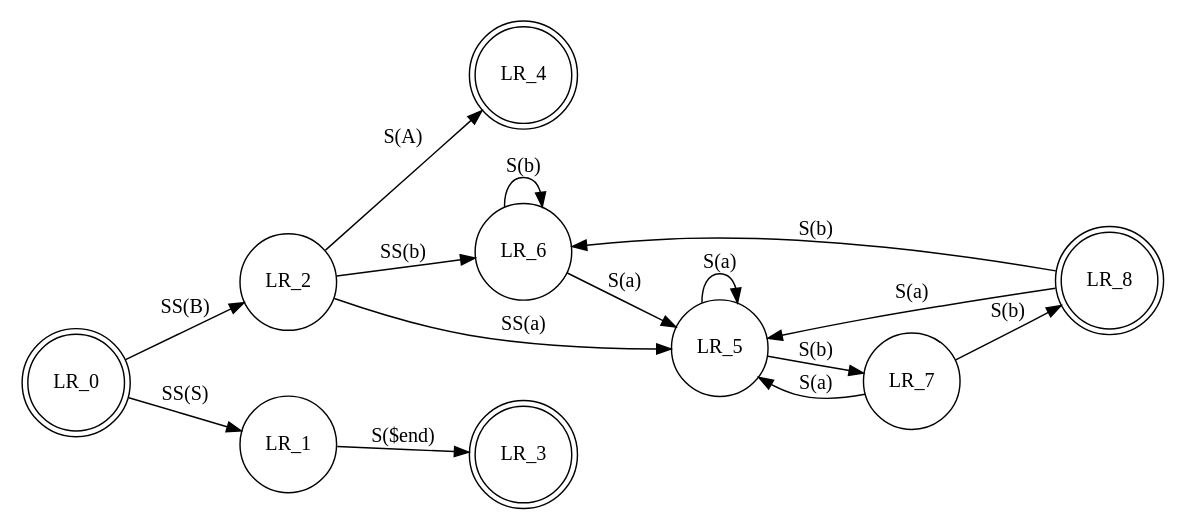
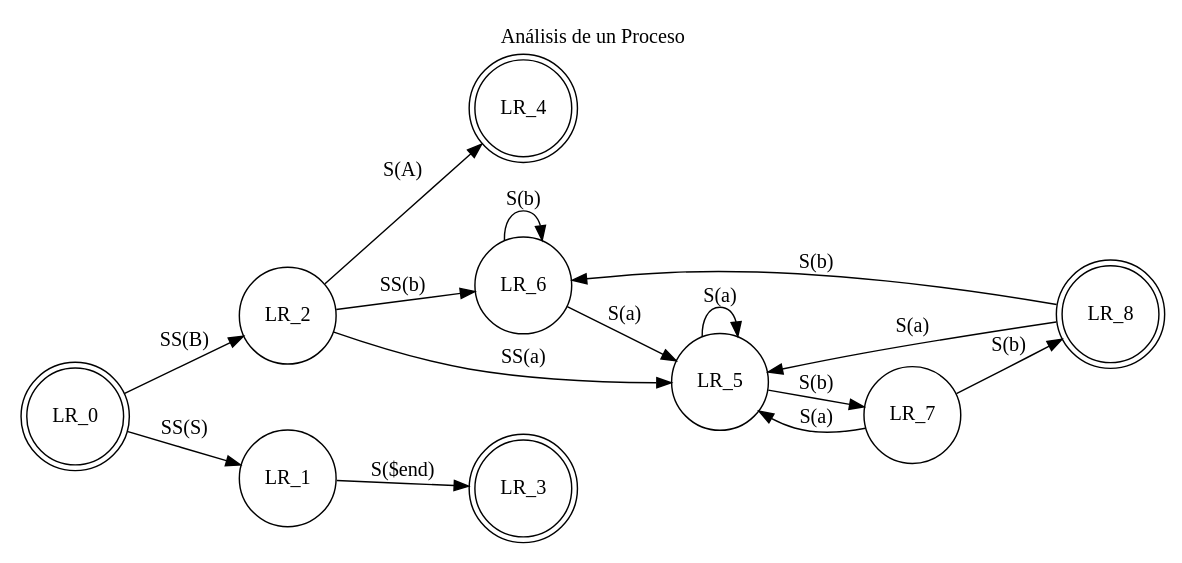
The first of 2 diagrams in content/pages-en/format/index.adoc (jeanbaptistemora/fluidattacks-universe2), drawn with Graphviz before and after one commit. The commit also changed other lines of this file, not shown here.

```diff
--- a/content/pages-en/format/index.adoc
+++ b/content/pages-en/format/index.adoc
@@ -1451,23 +1453,25 @@
 ["graphviz", "diagram1.png"]
 ----
 digraph finite_state_machine {
   rankdir=LR;
+  label="Análisis de un Proceso"
+  labelloc=top
   size="8,5"
   node [shape = doublecircle]; LR_0 LR_3 LR_4 LR_8;
   node [shape = circle];
   LR_0 -> LR_2 [ label = "SS(B)" ];
   LR_0 -> LR_1 [ label = "SS(S)" ];
   LR_1 -> LR_3 [ label = "S($end)" ];
   LR_2 -> LR_6 [ label = "SS(b)" ];
   LR_2 -> LR_5 [ label = "SS(a)" ];
   LR_2 -> LR_4 [ label = "S(A)" ];
   LR_5 -> LR_7 [ label = "S(b)" ];
   LR_5 -> LR_5 [ label = "S(a)" ];
   LR_6 -> LR_6 [ label = "S(b)" ];
   LR_6 -> LR_5 [ label = "S(a)" ];
   LR_7 -> LR_8 [ label = "S(b)" ];
   LR_7 -> LR_5 [ label = "S(a)" ];
   LR_8 -> LR_6 [ label = "S(b)" ];
   LR_8 -> LR_5 [ label = "S(a)" ];
 }
 ----
```
